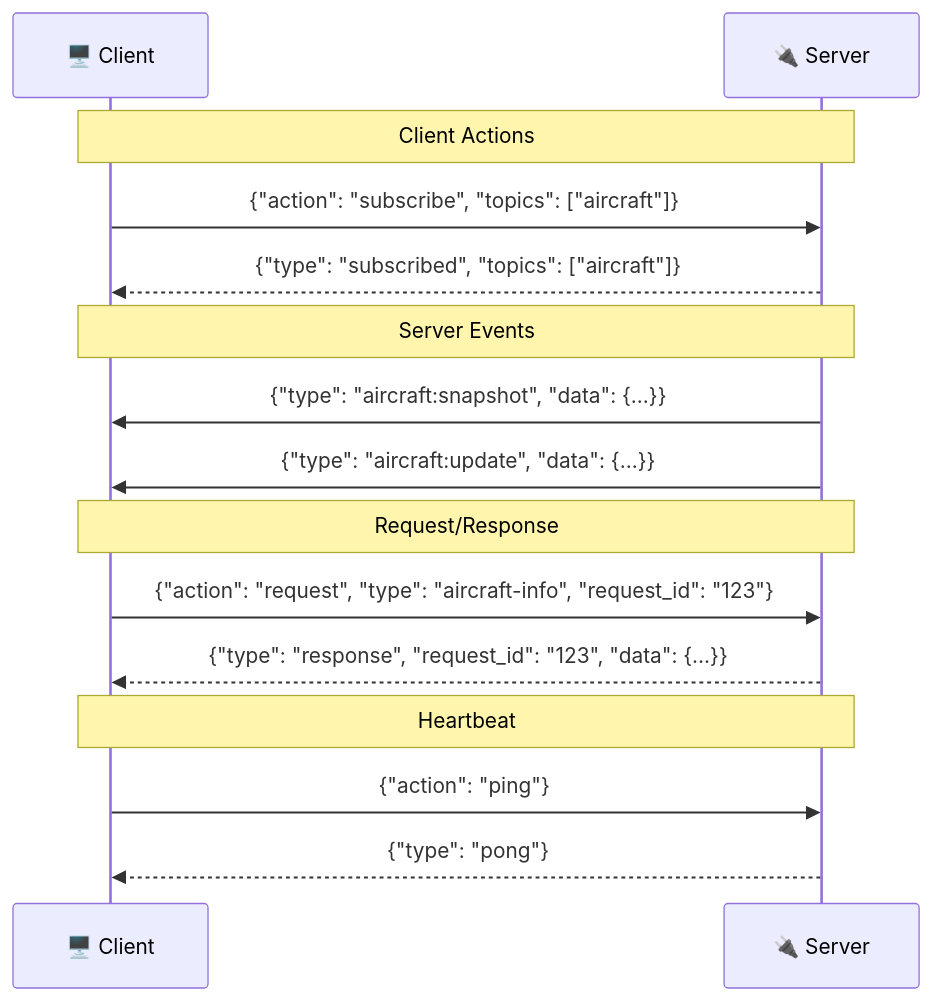
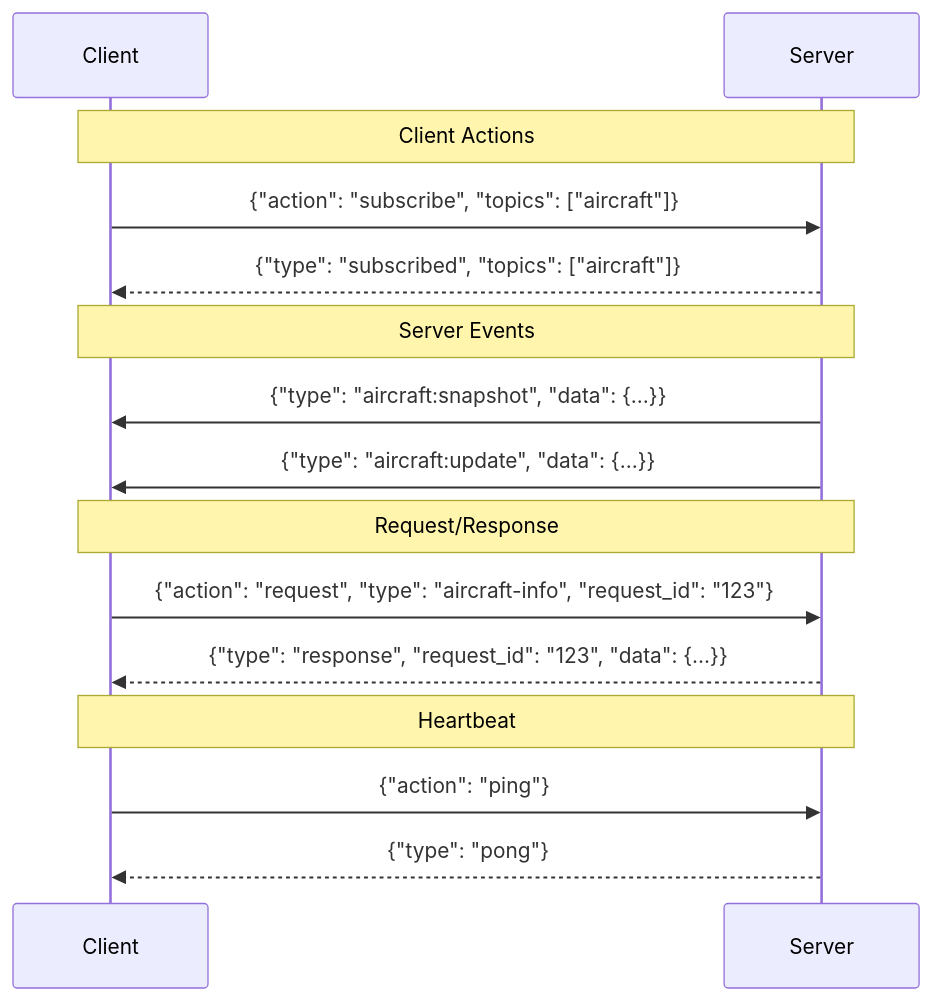
Before and after one commit to CHA0S-CORP/SkySpyDocs: the third of 8 diagrams in docs/api-reference/websocket-api.md, drawn with Mermaid. The commit also changed other lines of this file, not shown here.

````diff
--- a/docs/api-reference/websocket-api.md
+++ b/docs/api-reference/websocket-api.md
@@ -161,21 +155,21 @@
 ```mermaid
 sequenceDiagram
-    participant C as 🖥️ Client
-    participant S as 🔌 Server
+    participant C as Client
+    participant S as Server
 
     Note over C,S: Client Actions
     C->>S: {"action": "subscribe", "topics": ["aircraft"]}
     S-->>C: {"type": "subscribed", "topics": ["aircraft"]}
 
     Note over C,S: Server Events
     S->>C: {"type": "aircraft:snapshot", "data": {...}}
     S->>C: {"type": "aircraft:update", "data": {...}}
 
     Note over C,S: Request/Response
     C->>S: {"action": "request", "type": "aircraft-info", "request_id": "123"}
     S-->>C: {"type": "response", "request_id": "123", "data": {...}}
 
     Note over C,S: Heartbeat
     C->>S: {"action": "ping"}
     S-->>C: {"type": "pong"}
 ```
````
